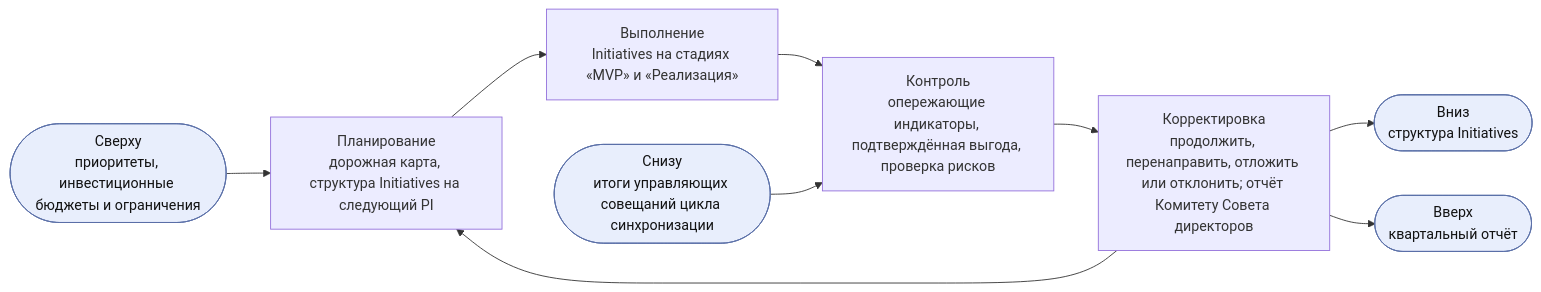
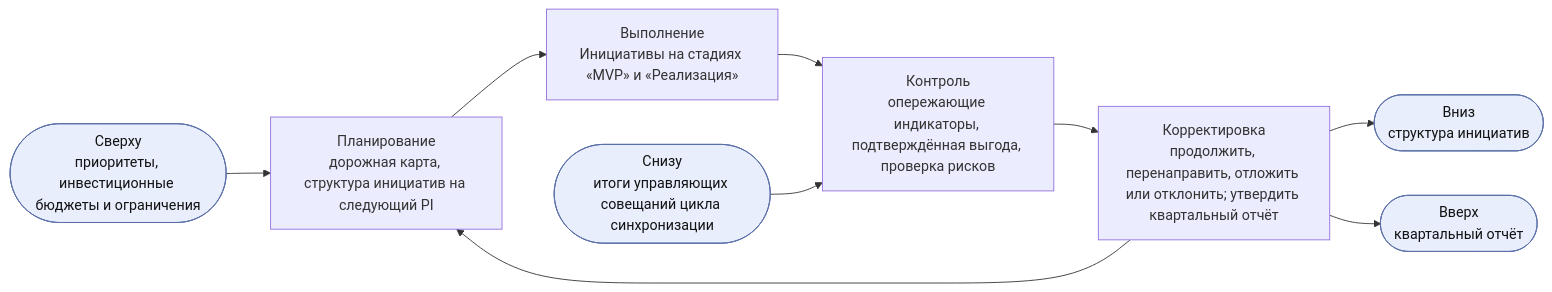
One commit to devhogu/ob-aicc changed the second of 8 diagrams in charter/ru/documents/portfolio-management-model.md. Above: the diagram before and after it, drawn with Mermaid. The commit also changed other lines of this file and 150 other files, not shown here.

````diff
--- a/charter/ru/documents/portfolio-management-model.md
+++ b/charter/ru/documents/portfolio-management-model.md
@@ -79,9 +79,9 @@
 ```mermaid
 flowchart LR
   IN(["Сверху<br/>приоритеты, инвестиционные бюджеты и ограничения"]):::iface --> P
-  P["Планирование<br/>дорожная карта, структура Initiatives на следующий PI"] --> D["Выполнение<br/>Initiatives на стадиях «MVP» и «Реализация»"] --> C["Контроль<br/>опережающие индикаторы, подтверждённая выгода, проверка рисков"] --> A["Корректировка<br/>продолжить, перенаправить, отложить или отклонить; отчёт Комитету Совета директоров"] --> P
+  P["Планирование<br/>дорожная карта, структура инициатив на следующий PI"] --> D["Выполнение<br/>Инициативы на стадиях «MVP» и «Реализация»"] --> C["Контроль<br/>опережающие индикаторы, подтверждённая выгода, проверка рисков"] --> A["Корректировка<br/>продолжить, перенаправить, отложить или отклонить; утвердить квартальный отчёт"] --> P
   EV(["Снизу<br/>итоги управляющих совещаний цикла синхронизации"]):::iface --> C
-  A --> OUT(["Вниз<br/>структура Initiatives"]):::iface
+  A --> OUT(["Вниз<br/>структура инициатив"]):::iface
   A --> UP(["Вверх<br/>квартальный отчёт"]):::iface
   classDef iface fill:#e8eefc,stroke:#5a6fa8,color:#111
 ```
````
